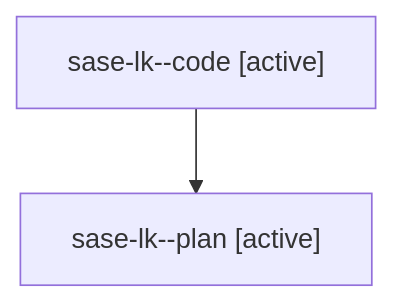
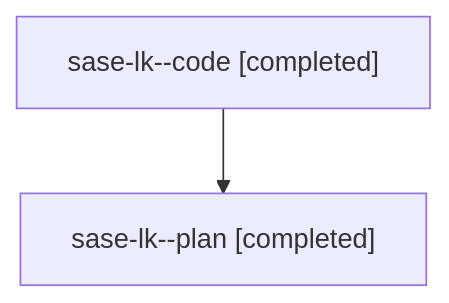
Before and after one commit to sase-org/sase--agents: the diagram in families/bbugyi200.athena.sase-lk.md, drawn with Mermaid. The commit also changed other lines of this file and 54 other files, not shown here.

````diff
--- a/families/bbugyi200.athena.sase-lk.md
+++ b/families/bbugyi200.athena.sase-lk.md
@@ -9,6 +9,6 @@
 ```mermaid
 flowchart TD
-  n0["sase-lk--code [active]"]
-  n1["sase-lk--plan [active]"]
+  n0["sase-lk--code [completed]"]
+  n1["sase-lk--plan [completed]"]
   n0 --> n1
 ```
````
